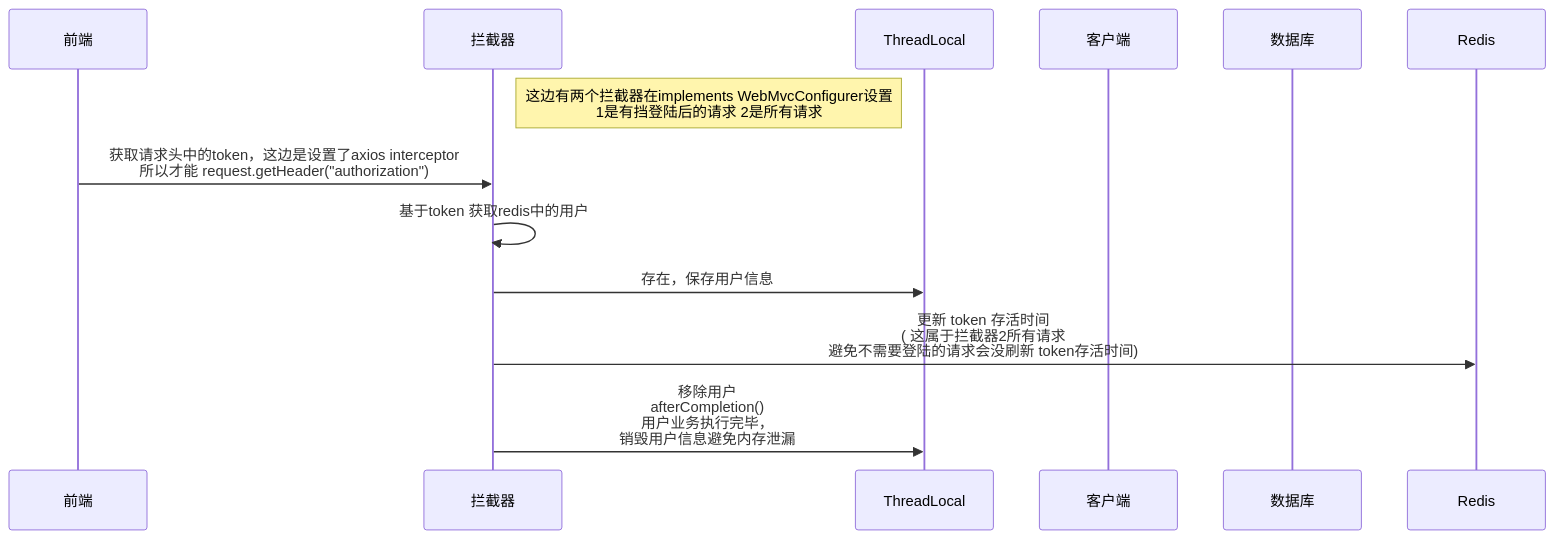
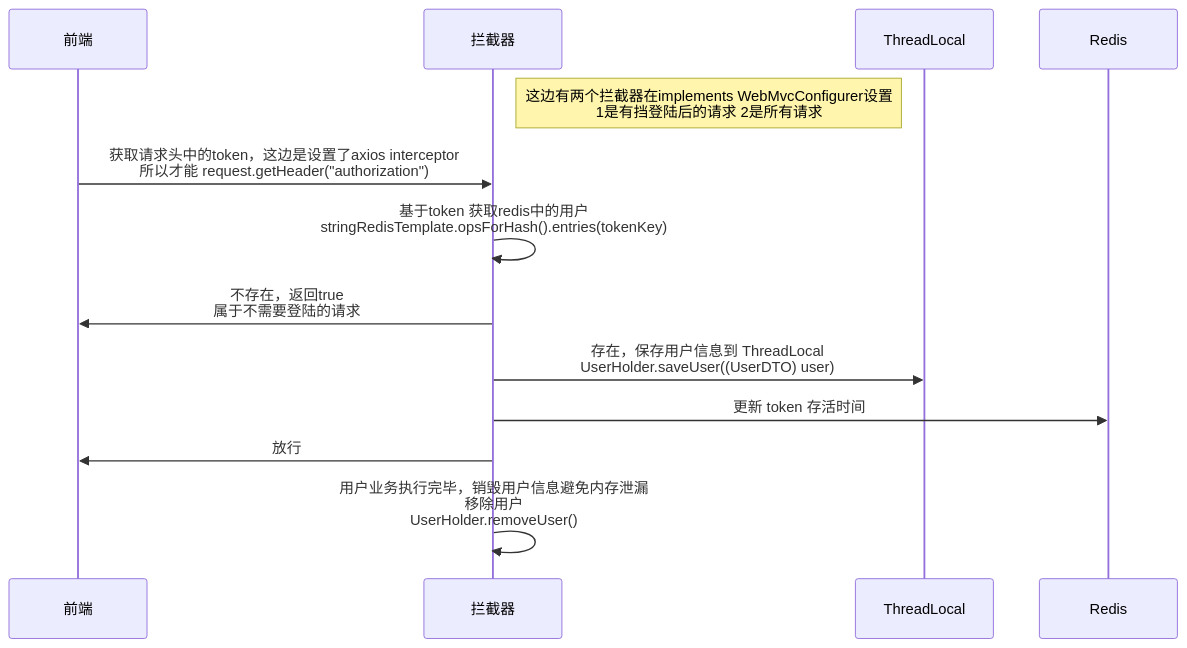
Before and after one commit to feed981/e01: the sixth of 6 diagrams in README.md, drawn with Mermaid. The commit also changed other lines of this file, not shown here.

````diff
--- a/README.md
+++ b/README.md
@@ -706,16 +648,17 @@
 ```mermaid
 sequenceDiagram
     participant 前端
     participant 拦截器
     participant ThreadLocal
-    participant 客户端
-    participant 数据库
     participant Redis
 
     note right of 拦截器: 这边有两个拦截器在implements WebMvcConfigurer设置<br> 1是有挡登陆后的请求 2是所有请求
       前端->>拦截器: 获取请求头中的token，这边是设置了axios interceptor <br>所以才能 request.getHeader("authorization");
-      拦截器->>拦截器: 基于token 获取redis中的用户
-      拦截器->>ThreadLocal: 存在，保存用户信息
-      拦截器->>Redis: 更新 token 存活时间 <br>( 这属于拦截器2所有请求 <br>避免不需要登陆的请求会没刷新 token存活时间)
-      拦截器->>ThreadLocal: 移除用户<br>afterCompletion() <br>用户业务执行完毕，<br>销毁用户信息避免内存泄漏
+      拦截器->>拦截器: 基于token 获取redis中的用户<br>stringRedisTemplate.opsForHash().entries(tokenKey)
+      
+拦截器->>前端: 不存在，返回true <br>属于不需要登陆的请求
+拦截器->>ThreadLocal: 存在，保存用户信息到 ThreadLocal<br>UserHolder.saveUser((UserDTO) user)
+拦截器->>Redis: 更新 token 存活时间
+拦截器->>前端: 放行
+拦截器->>拦截器: 用户业务执行完毕，销毁用户信息避免内存泄漏<br>移除用户<br>UserHolder.removeUser();
 ```
````
